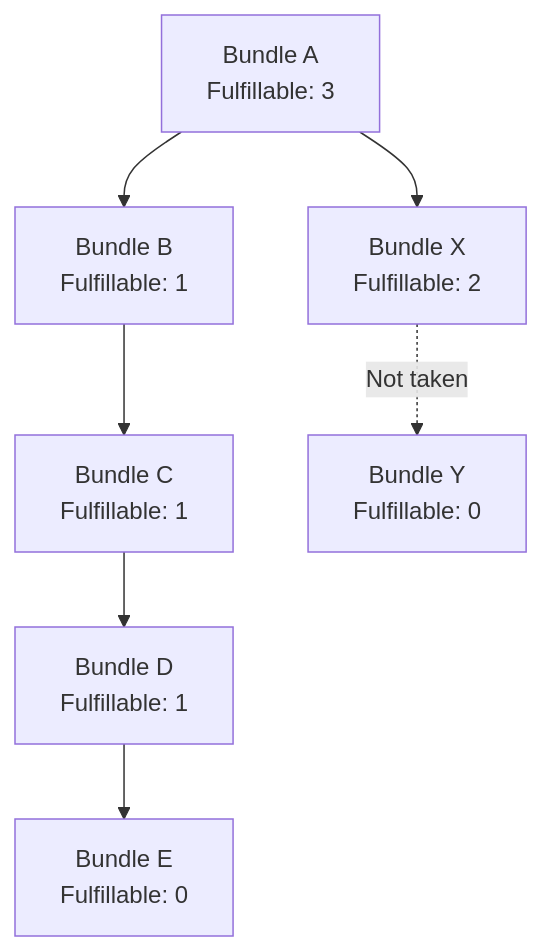
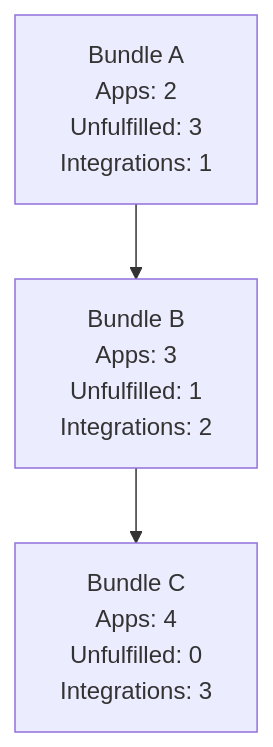
One commit to canonical/charm-integration-testing changed the second of 2 diagrams in docs/explanation/bundle-builder-algorithm.rst. Above: the diagram before and after it, drawn with Mermaid. The commit also changed other lines of this file, not shown here.

```diff
--- a/docs/explanation/bundle-builder-algorithm.rst
+++ b/docs/explanation/bundle-builder-algorithm.rst
@@ -91,19 +100,8 @@
 .. mermaid::
 
-    graph TD;
-        A[Bundle A<br>Fulfillable: 3];
-        B[Bundle B<br>Fulfillable: 1];
-        C[Bundle C<br>Fulfillable: 1];
-        D[Bundle D<br>Fulfillable: 1];
-        E[Bundle E<br>Fulfillable: 0];
-        X[Bundle X<br>Fulfillable: 2];
-        Y[Bundle Y<br>Fulfillable: 0];
-        
-        
-        A-->B;
-        B-->C;
-        C-->D;
-        D-->E;
-        
-        A-->X;
-        X-. Not taken .->Y;
+     graph TD;
+          A[Bundle A<br>Apps: 2<br>Unfulfilled: 3<br>Integrations: 1];
+          B[Bundle B<br>Apps: 3<br>Unfulfilled: 1<br>Integrations: 2];
+          C[Bundle C<br>Apps: 4<br>Unfulfilled: 0<br>Integrations: 3];
+          A-->B;
+          B-->C;
```
